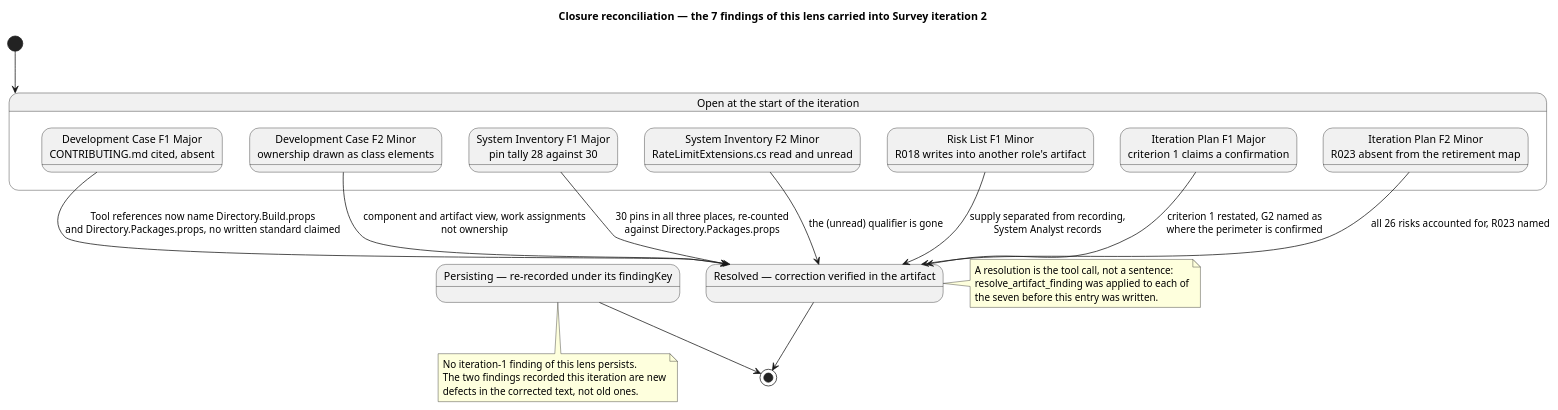
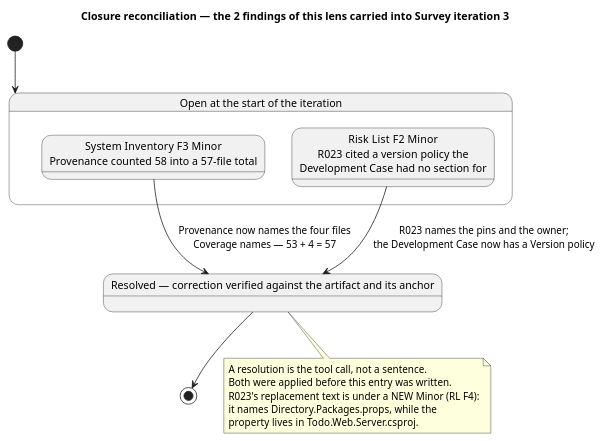
Before and after one commit to banense-test/TodoApp: the sixth of 12 diagrams in docs/artifacts/project-management/review-record.md, drawn with PlantUML. The commit also changed other lines of this file, not shown here.

First line of the commit message:
Reviewer [Survey3]: upsert Review Record

````diff
--- a/docs/artifacts/project-management/review-record.md
+++ b/docs/artifacts/project-management/review-record.md
@@ -715,45 +701,27 @@
 ```plantuml
 @startuml
-title Closure reconciliation — the 7 findings of this lens carried into Survey iteration 2
+title Closure reconciliation — the 2 findings of this lens carried into Survey iteration 3
 skinparam shadowing false
 
 state "Open at the start of the iteration" as OPEN
-state "Resolved — correction verified in the artifact" as RES
-state "Persisting — re-recorded under its findingKey" as PERSIST
+state "Resolved — correction verified against the artifact and its anchor" as RES
 
 state OPEN {
-  state "Development Case F1 Major\nCONTRIBUTING.md cited, absent" as A1
-  state "Development Case F2 Minor\nownership drawn as class elements" as A2
-  state "System Inventory F1 Major\npin tally 28 against 30" as A3
-  state "System Inventory F2 Minor\nRateLimitExtensions.cs read and unread" as A4
-  state "Risk List F1 Minor\nR018 writes into another role's artifact" as A5
-  state "Iteration Plan F1 Major\ncriterion 1 claims a confirmation" as A6
-  state "Iteration Plan F2 Minor\nR023 absent from the retirement map" as A7
+  state "System Inventory F3  Minor\nProvenance counted 58 into a 57-file total" as A1
+  state "Risk List F2  Minor\nR023 cited a version policy the\nDevelopment Case had no section for" as A2
 }
 
 [*] --> OPEN
+A1 --> RES : Provenance now names the four files\nCoverage names — 53 + 4 = 57
+A2 --> RES : R023 names the pins and the owner;\nthe Development Case now has a Version policy
+RES --> [*]
 
-A1 --> RES : Tool references now name Directory.Build.props\nand Directory.Packages.props, no written standard claimed
-A2 --> RES : component and artifact view, work assignments\nnot ownership
-A3 --> RES : 30 pins in all three places, re-counted\nagainst Directory.Packages.props
-A4 --> RES : the (unread) qualifier is gone
-A5 --> RES : supply separated from recording,\nSystem Analyst records
-A6 --> RES : criterion 1 restated, G2 named as\nwhere the perimeter is confirmed
-A7 --> RES : all 26 risks accounted for, R023 named
-
-note right of RES
-  A resolution is the tool call, not a sentence:
-  resolve_artifact_finding was applied to each of
-  the seven before this entry was written.
-end note
-
-RES --> [*]
-PERSIST --> [*]
-
-note bottom of PERSIST
-  No iteration-1 finding of this lens persists.
-  The two findings recorded this iteration are new
-  defects in the corrected text, not old ones.
+note bottom of RES
+  A resolution is the tool call, not a sentence.
+  Both were applied before this entry was written.
+  R023's replacement text is under a NEW Minor (RL F4):
+  it names Directory.Packages.props, while the
+  property lives in Todo.Web.Server.csproj.
 end note
 @enduml
 ```
````
